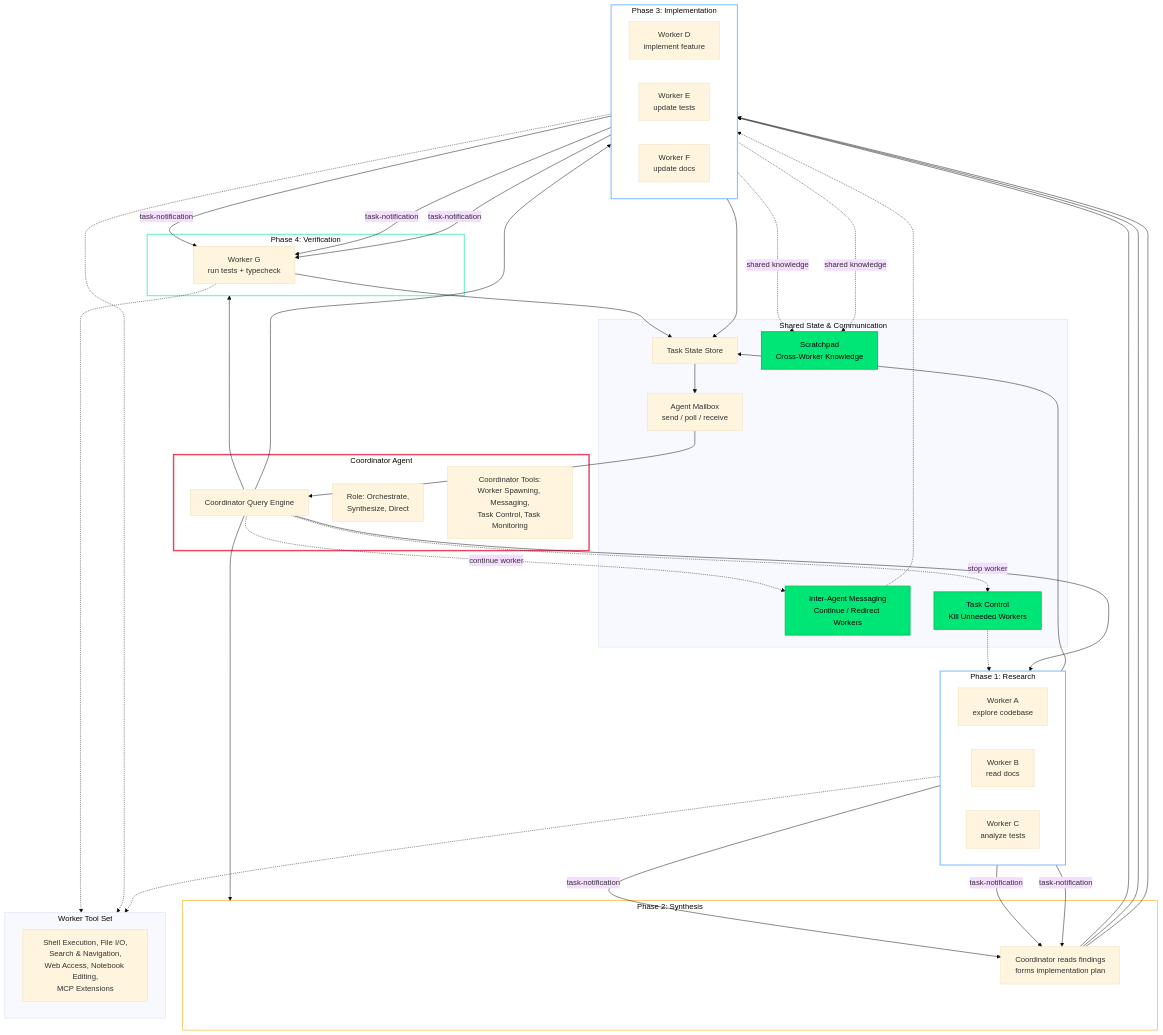
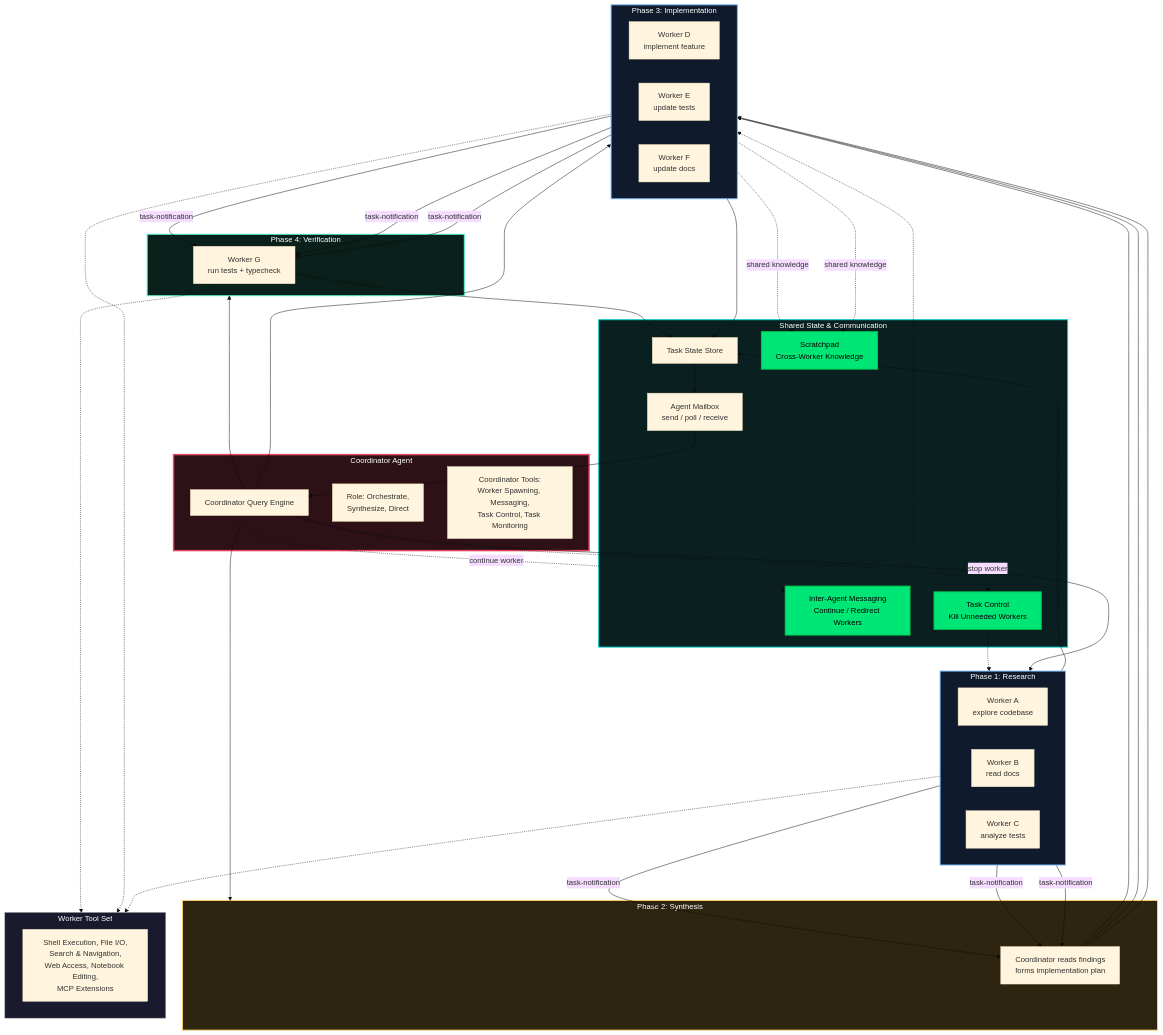
One commit to PavelValentov/multi-agent-architecture changed the fourth of 14 diagrams in DIAGRAMS.md. Above: the diagram before and after it, drawn with Mermaid (base theme). The commit also changed other lines of this file, not shown here.

First line of the commit message:
Add consistent dark fills to all diagram subgraphs

```diff
--- a/DIAGRAMS.md
+++ b/DIAGRAMS.md
@@ -434,11 +436,13 @@
     I1 -.->|"shared knowledge"| SCRATCH
     I2 -.->|"shared knowledge"| SCRATCH
 
-    style Coordinator fill:transparent,stroke:#e94560,stroke-width:3px
-    style PHASE1 fill:transparent,stroke:#74b9ff,stroke-width:2px
-    style PHASE2 fill:transparent,stroke:#fdcb6e,stroke-width:2px
-    style PHASE3 fill:transparent,stroke:#74b9ff,stroke-width:2px
-    style PHASE4 fill:transparent,stroke:#55efc4,stroke-width:2px
+    style Coordinator fill:#2d1117,stroke:#e94560,stroke-width:3px,color:#fff
+    style PHASE1 fill:#101a2d,stroke:#74b9ff,stroke-width:2px,color:#fff
+    style PHASE2 fill:#2d2510,stroke:#fdcb6e,stroke-width:2px,color:#fff
+    style PHASE3 fill:#101a2d,stroke:#74b9ff,stroke-width:2px,color:#fff
+    style PHASE4 fill:#0a201a,stroke:#55efc4,stroke-width:2px,color:#fff
+    style WorkerToolset fill:#1a1a2e,stroke:#888,stroke-width:1px,color:#fff
+    style SharedState fill:#0a2020,stroke:#00cec9,stroke-width:2px,color:#fff
     style SEND_MSG_NODE fill:#00e676,stroke:#00c853,stroke-width:2px,color:#000
     style TASK_STOP_NODE fill:#00e676,stroke:#00c853,stroke-width:2px,color:#000
     style SCRATCH fill:#00e676,stroke:#00c853,stroke-width:2px,color:#000
```
